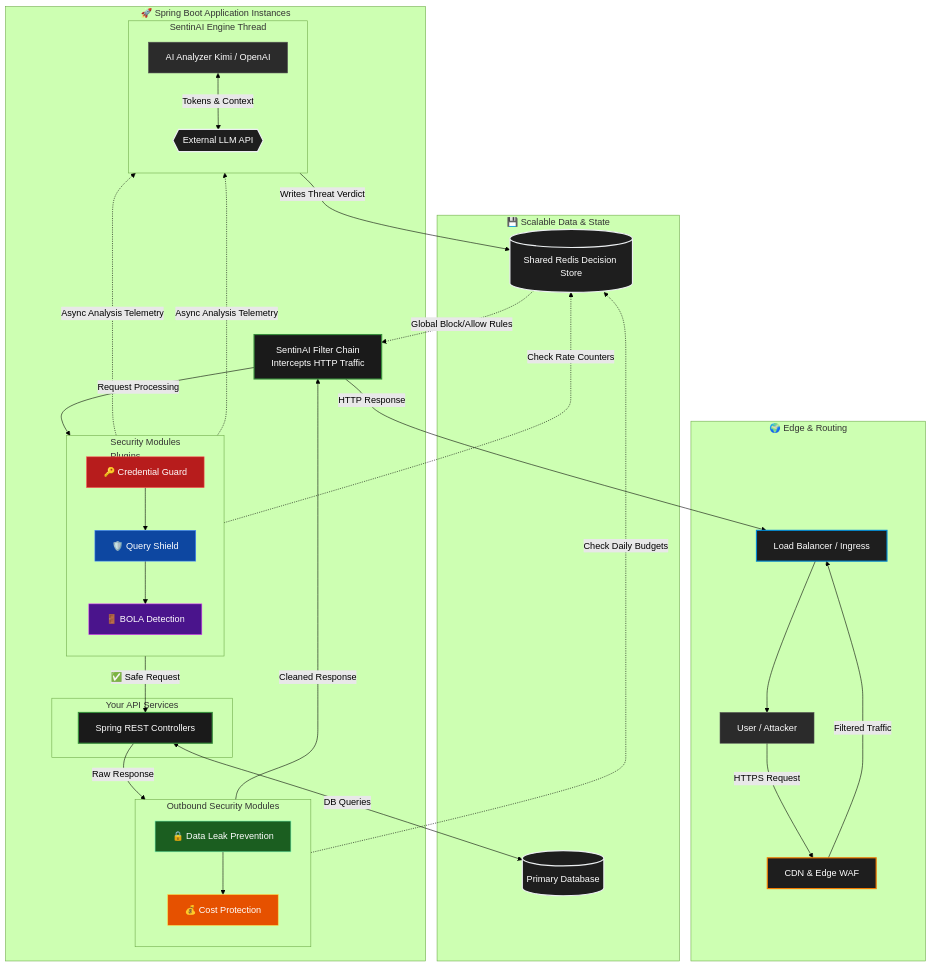
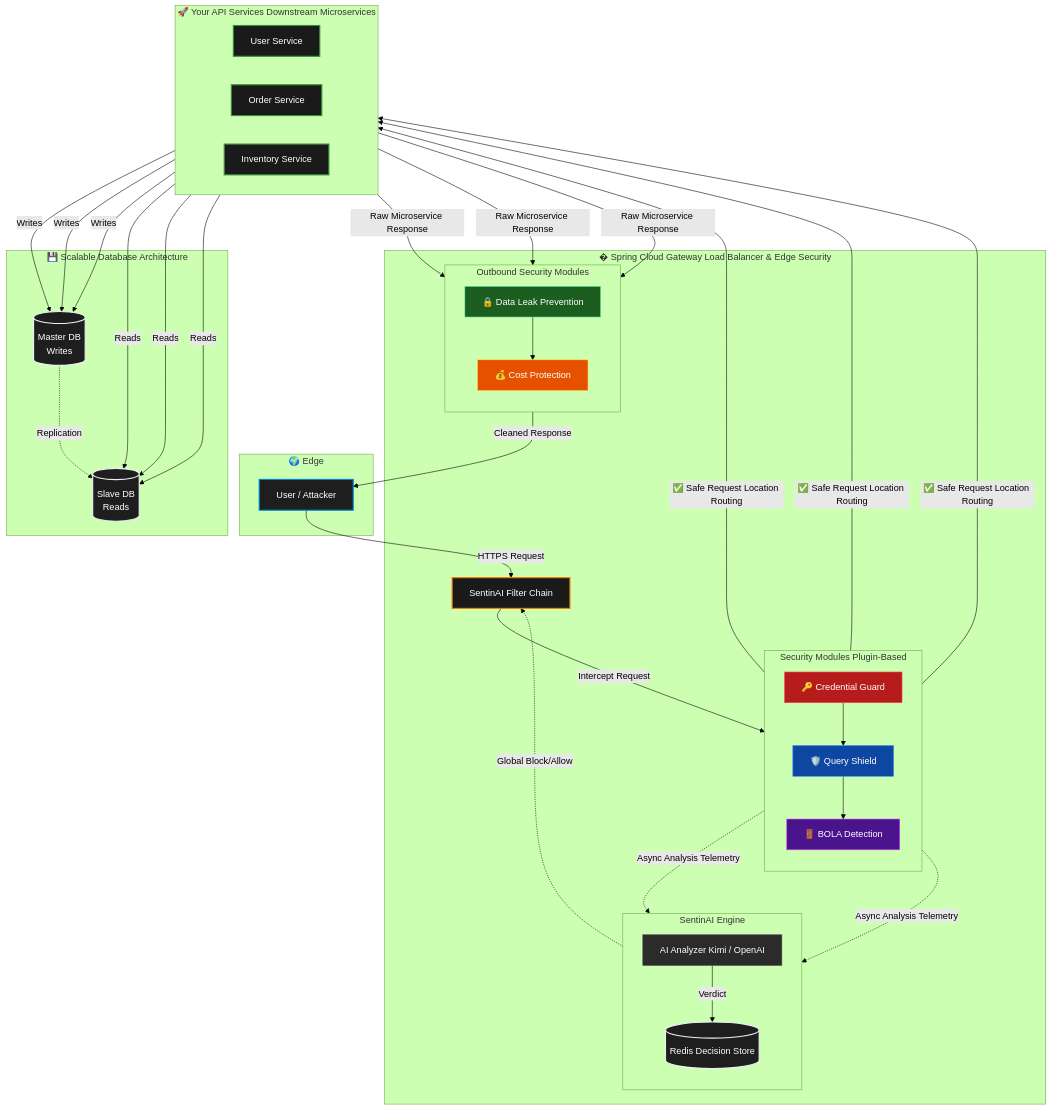
Before and after one commit to tapeshchavle/sentinai: the diagram in README.md, drawn with Mermaid (forest theme). The commit also changed other lines of this file, not shown here.

Commit message:
fixed resources

````diff
--- a/README.md
+++ b/README.md
@@ -37,8 +37,8 @@
 ```mermaid
 graph TD
     classDef default fill:#2b2b2b,stroke:#555,stroke-width:1px,color:#fff;
-    classDef edge fill:#1e1e1e,stroke:#f57c00,stroke-width:2px,color:#fff;
-    classDef lb fill:#1e1e1e,stroke:#0288d1,stroke-width:2px,color:#fff;
+    classDef client fill:#1e1e1e,stroke:#0288d1,stroke-width:2px,color:#fff;
+    classDef gateway fill:#1a1a1a,stroke:#f57c00,stroke-width:2px,color:#fff;
     classDef app fill:#1a1a1a,stroke:#388e3c,stroke-width:2px,color:#fff;
     classDef moduleRed fill:#b71c1c,stroke:#ff5252,stroke-width:1px,color:#fff;
     classDef moduleBlue fill:#0d47a1,stroke:#448aff,stroke-width:1px,color:#fff;
@@ -47,19 +47,14 @@
     classDef moduleOrange fill:#e65100,stroke:#ffd740,stroke-width:1px,color:#fff;
     classDef ext fill:#1e1e1e,stroke:#eceff1,stroke-width:2px,color:#fff;
     
-    subgraph ClientLayer [🌍 Edge & Routing]
-        User[User / Attacker]
-        WAF[CDN & Edge WAF]:::edge
-        LB[Load Balancer / Ingress]:::lb
-        
-        User -->|HTTPS Request| WAF
-        WAF -->|Filtered Traffic| LB
+    subgraph ClientLayer [🌍 Edge]
+        User[User / Attacker]:::client
     end
 
-    subgraph AppLayer [🚀 Spring Boot Application Instances]
-        Filter[SentinAI Filter Chain <br/> Intercepts HTTP Traffic]:::app
+    subgraph GatewayLayer [�️ Spring Cloud Gateway Load Balancer & Edge Security]
+        Filter[SentinAI Filter Chain]:::gateway
         
-        subgraph InboundModules [Security Modules <br/> Plugins]
+        subgraph InboundModules [Security Modules Plugin-Based]
             direction TB
             CG[🔑 Credential Guard]:::moduleRed
             QS[🛡️ Query Shield]:::moduleBlue
@@ -69,13 +64,13 @@
             QS --> BOLA
         end
         
-        Filter -->|Request Processing| InboundModules
-        
-        subgraph ControllerLayer [Your API Services]
-            REST[Spring REST Controllers]:::app
+        subgraph Engine [SentinAI Engine]
+            direction TB
+            AI[AI Analyzer Kimi / OpenAI]
+            Redis[(Redis Decision Store)]:::ext
+            
+            AI -->|Verdict| Redis
         end
-        
-        BOLA -->|✅ Safe Request| REST
         
         subgraph OutboundModules [Outbound Security Modules]
             direction TB
@@ -85,41 +80,35 @@
             DLP --> Cost
         end
         
-        REST -->|Raw Response| OutboundModules
-        Cost -->|Cleaned Response| Filter
-        
-        subgraph Engine [SentinAI Engine Thread]
-            direction TB
-            AI[AI Analyzer Kimi / OpenAI]
-            RemoteLLM{{External LLM API}}:::ext
-            
-            AI <-->|Tokens & Context| RemoteLLM
-        end
+        Filter -->|Intercept Request| InboundModules
+        Redis -.->|Global Block/Allow| Filter
     end
     
-    subgraph DataLayer [💾 Scalable Data & State]
-        DB[(Primary Database)]:::ext
-        Redis[(Shared Redis Decision Store)]:::ext
+    subgraph MicroservicesLayer [🚀 Your API Services Downstream Microservices]
+        direction LR
+        REST1[User Service]:::app
+        REST2[Order Service]:::app
+        REST3[Inventory Service]:::app
     end
     
-    %% API to DB
-    REST <-->|DB Queries| DB
+    subgraph DataLayer [💾 Scalable Database Architecture]
+        Master[(Master DB <br/> Writes)]:::ext
+        Replica[(Slave DB <br/> Reads)]:::ext
+        Master -.->|Replication| Replica
+    end
+    
+    %% Main Flow
+    User -->|HTTPS Request| Filter
+    
+    BOLA -->|✅ Safe Request Location Routing| REST1 & REST2 & REST3
+    
+    REST1 & REST2 & REST3 -->|Writes| Master
+    REST1 & REST2 & REST3 -->|Reads| Replica
+    
+    REST1 & REST2 & REST3 -->|Raw Microservice Response| DLP
+    Cost -->|Cleaned Response| User
     
     %% Async Analysis Flow
     QS -.->|Async Analysis Telemetry| AI
     BOLA -.->|Async Analysis Telemetry| AI
-    
-    %% Engine to Redis
-    AI -->|Writes Threat Verdict| Redis
-    
-    %% Redis to Filter Chain Loop
-    Redis -.->|Global Block/Allow Rules| Filter
-    
-    %% Sync Module State
-    CG -.->|Check Rate Counters| Redis
-    Cost -.->|Check Daily Budgets| Redis
-    
-    %% Return to Client
-    Filter -->|HTTP Response| LB
-    LB --> User
 ```
````
